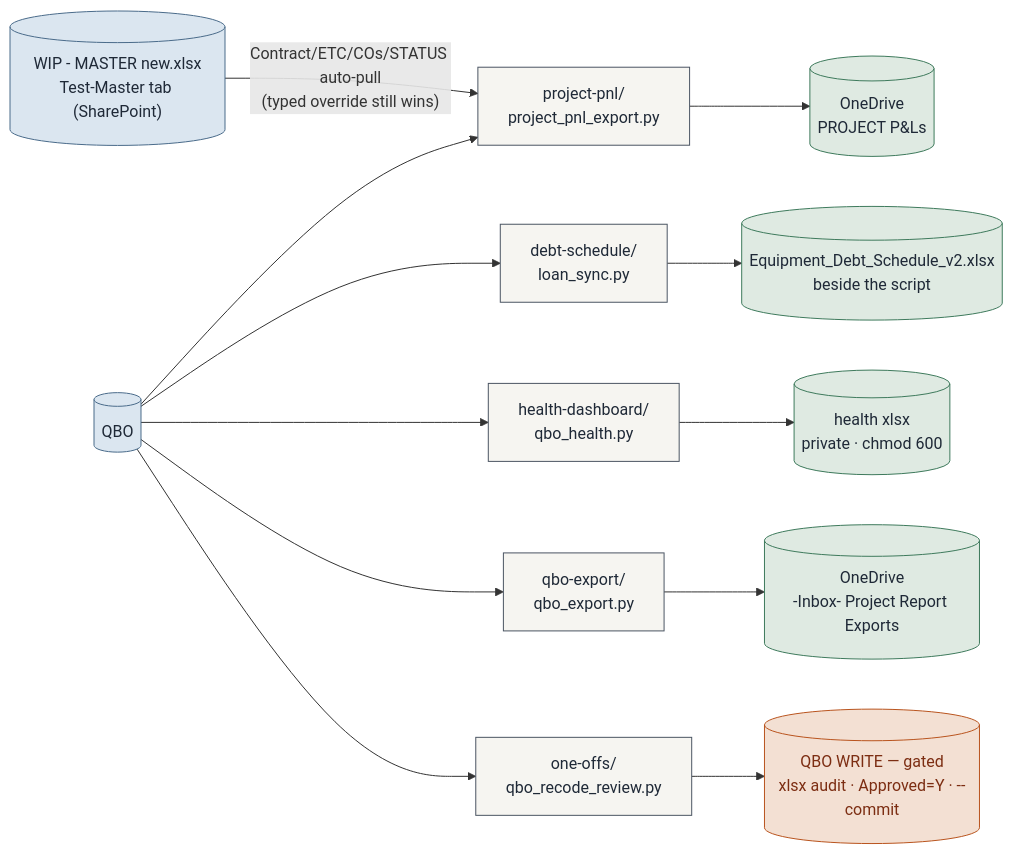
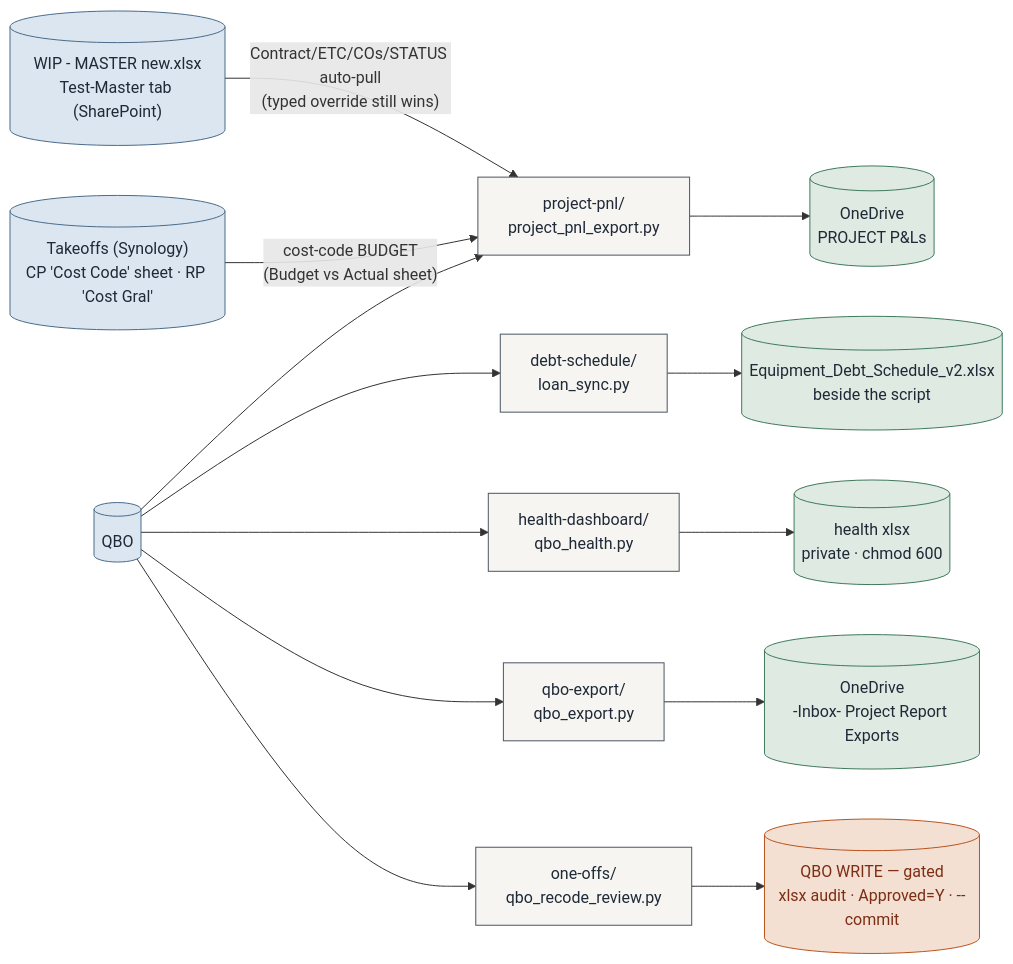
Before and after one commit to Ecarlo-Proficient/Claude-Report: the fourth of 5 diagrams in docs/ARCHITECTURE.md, drawn with Mermaid. The commit also changed other lines of this file and 1 other file, not shown here.

````diff
--- a/docs/ARCHITECTURE.md
+++ b/docs/ARCHITECTURE.md
@@ -150,28 +150,30 @@
 ```mermaid
 flowchart LR
     classDef src fill:#dbe6f0,stroke:#4A6B8A,color:#1f2937
     classDef tool fill:#f6f5f1,stroke:#4b5563,color:#1f2937
     classDef out fill:#dfeae2,stroke:#3E7A5C,color:#1f2937
     classDef gate fill:#f3e0d3,stroke:#B9541E,color:#7c2d12
 
     QBO[("QBO")]:::src
     WIPM[("WIP - MASTER new.xlsx\nTest-Master tab (SharePoint)")]:::src
+    TKO[("Takeoffs (Synology)\nCP 'Cost Code' sheet · RP 'Cost Gral'")]:::src
     PNL["project-pnl/\nproject_pnl_export.py"]:::tool
     LOAN["debt-schedule/\nloan_sync.py"]:::tool
     HEALTH["health-dashboard/\nqbo_health.py"]:::tool
     EXP["qbo-export/\nqbo_export.py"]:::tool
     RECODE["one-offs/\nqbo_recode_review.py"]:::tool
 
     P1[("OneDrive\nPROJECT P&Ls")]:::out
     P2[("Equipment_Debt_Schedule_v2.xlsx\nbeside the script")]:::out
     P3[("health xlsx\nprivate · chmod 600")]:::out
     P4[("OneDrive\n-Inbox- Project Report Exports")]:::out
     P5[("QBO WRITE — gated\nxlsx audit · Approved=Y · --commit")]:::gate
 
     QBO --> PNL --> P1
     WIPM -->|"Contract/ETC/COs/STATUS auto-pull\n(typed override still wins)"| PNL
+    TKO -->|"cost-code BUDGET\n(Budget vs Actual sheet)"| PNL
     QBO --> LOAN --> P2
     QBO --> HEALTH --> P3
     QBO --> EXP --> P4
     QBO --> RECODE --> P5
 ```
````
